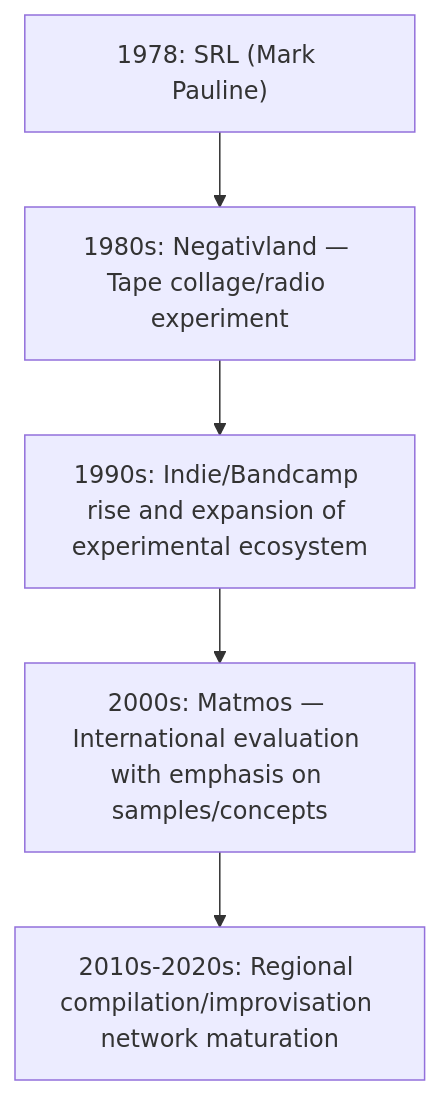
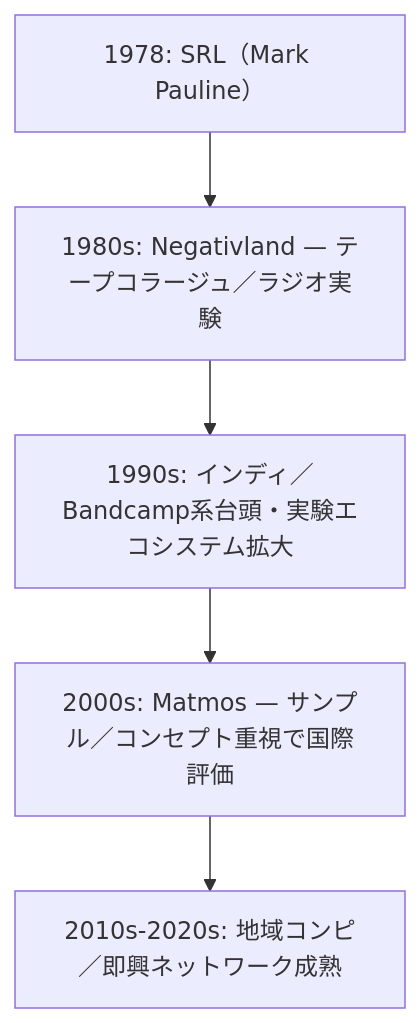
The diagram in en/_posts/2025-10-01-Column-Bay-Area-San-Francisco-Noise.md (monumental-movement/monumental-movement.github.io), drawn with Mermaid before and after one commit. The commit also changed other lines of this file and 1724 other files, not shown here.

```diff
--- a/en/_posts/2025-10-01-Column-Bay-Area-San-Francisco-Noise.md
+++ b/en/_posts/2025-10-01-Column-Bay-Area-San-Francisco-Noise.md
@@ -48,7 +51,7 @@
 <div class="mermaid">
 flowchart TD
-A["1978: SRL (Mark Pauline)"] --> B["1980s: Negativland — Tape collage/radio experiment"]
-B --> C["1990s: Indie/Bandcamp rise and expansion of experimental ecosystem"]
-C --> D["2000s: Matmos — International evaluation with emphasis on samples/concepts"]
-D --> E["2010s-2020s: Regional compilation/improvisation network maturation"]
+    A["1978: SRL（Mark Pauline）"] --> B["1980s: Negativland — テープコラージュ／ラジオ実験"]
+    B --> C["1990s: インディ／Bandcamp系台頭・実験エコシステム拡大"]
+    C --> D["2000s: Matmos — サンプル／コンセプト重視で国際評価"]
+    D --> E["2010s-2020s: 地域コンピ／即興ネットワーク成熟"]
 </div>
```
